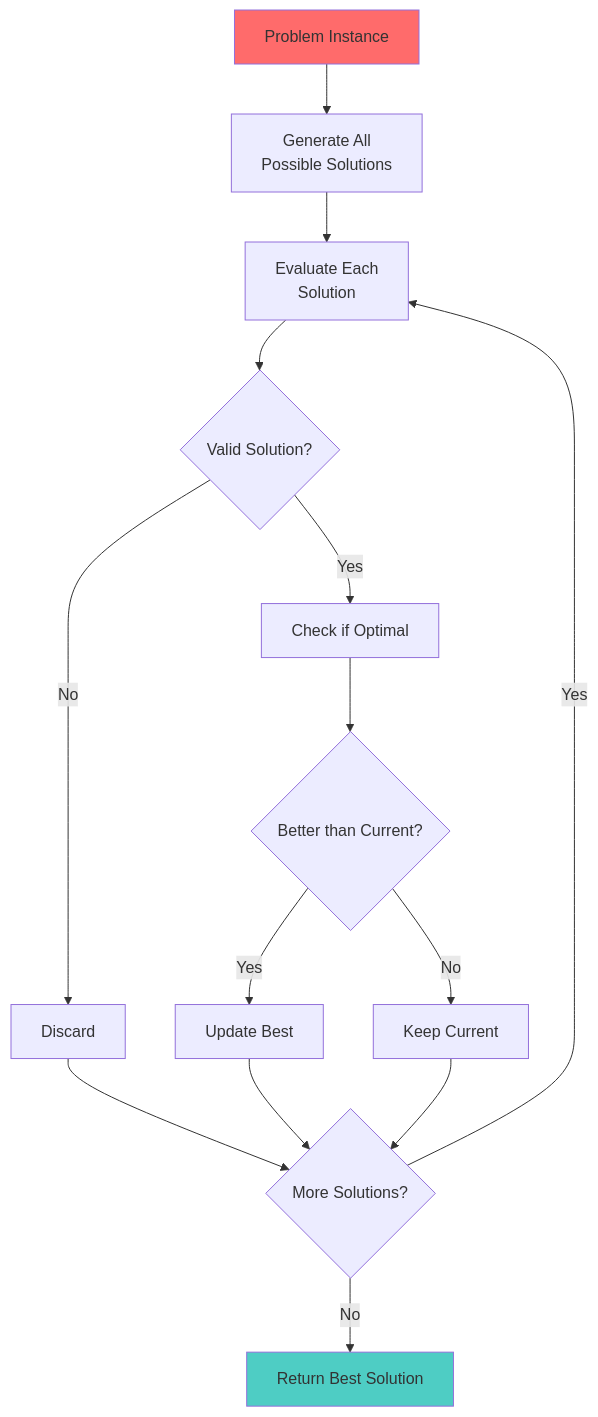
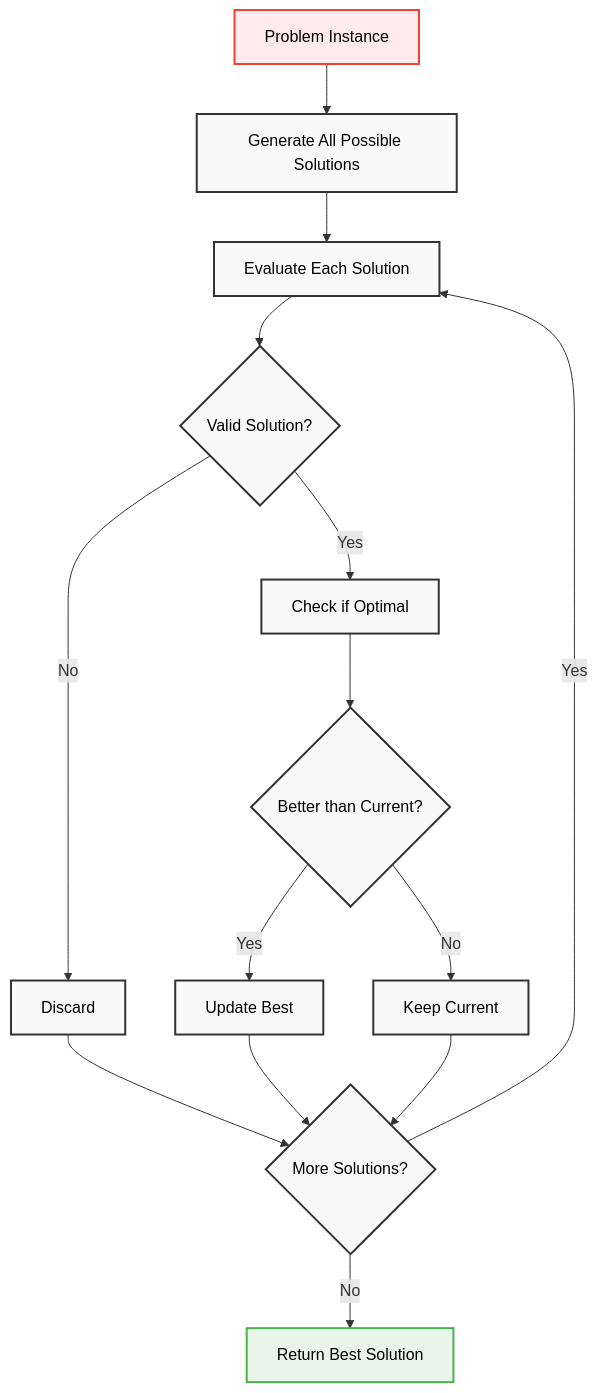
The fifth of 17 diagrams in concepts/algorithm-design.md (AbhishekGiri04/Algorithmics-Foundations), drawn with Mermaid before and after one commit. The commit also changed other lines of this file, not shown here.

Commit message:
Complete algorithm design guide with professional diagrams and comprehensive coverage

````diff
--- a/concepts/algorithm-design.md
+++ b/concepts/algorithm-design.md
@@ -206,19 +188,22 @@
 ```mermaid
 flowchart TD
-    A["Problem Instance"] --> B["Generate All<br/>Possible Solutions"]
-    B --> C["Evaluate Each<br/>Solution"]
+    A["Problem Instance"] --> B["Generate All Possible Solutions"]
+    B --> C["Evaluate Each Solution"]
     C --> D{"Valid Solution?"}
     D -->|Yes| E["Check if Optimal"]
     D -->|No| F["Discard"]
     E --> G{"Better than Current?"}
     G -->|Yes| H["Update Best"]
     G -->|No| I["Keep Current"]
     F --> J{"More Solutions?"}
     H --> J
     I --> J
     J -->|Yes| C
     J -->|No| K["Return Best Solution"]
     
-    style A fill:#ff6b6b
-    style K fill:#4ecdc4
+    classDef default fill:#f9f9f9,stroke:#333,stroke-width:2px,color:#000
+    classDef startNode fill:#ffebee,stroke:#f44336,stroke-width:2px,color:#000
+    classDef endNode fill:#e8f5e8,stroke:#4caf50,stroke-width:2px,color:#000
+    class A startNode
+    class K endNode
 ```
````
